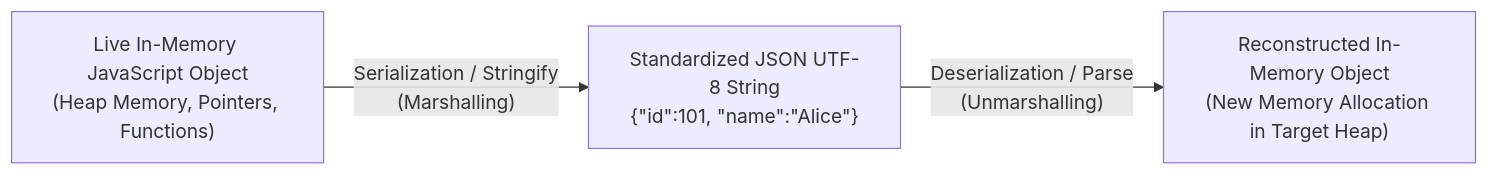
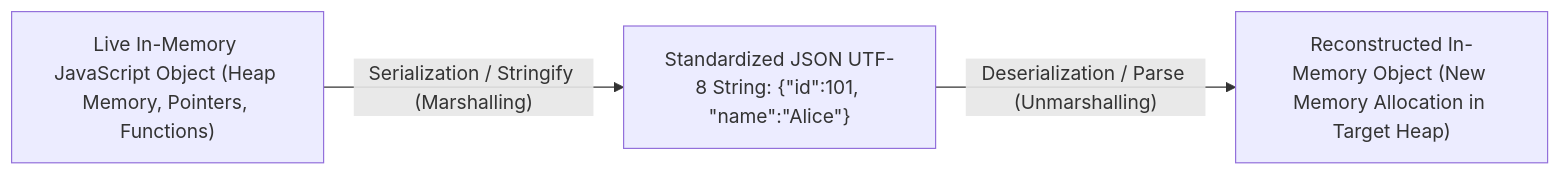
The sixth of 7 diagrams in notes/web_development/Unit_01_Full_Stack_Basics.md (DeepLumiere/DeepSkills), drawn with Mermaid before and after one commit. The commit also changed other lines of this file and 56 other files, not shown here.

````diff
--- a/notes/web_development/Unit_01_Full_Stack_Basics.md
+++ b/notes/web_development/Unit_01_Full_Stack_Basics.md
@@ -493,6 +487,6 @@
 ```mermaid
 flowchart LR
-    A["Live In-Memory JavaScript Object<br>(Heap Memory, Pointers, Functions)"]
-    -->|"Serialization / Stringify<br>(Marshalling)"| B["Standardized JSON UTF-8 String<br>{&quot;id&quot;:101, &quot;name&quot;:&quot;Alice&quot;}"]
-    B -->|"Deserialization / Parse<br>(Unmarshalling)"| C["Reconstructed In-Memory Object<br>(New Memory Allocation in Target Heap)"]
+    A["Live In-Memory JavaScript Object (Heap Memory, Pointers, Functions)"]
+    -->|"Serialization / Stringify (Marshalling)"| B["Standardized JSON UTF-8 String: {&quot;id&quot;:101, &quot;name&quot;:&quot;Alice&quot;}"]
+    B -->|"Deserialization / Parse (Unmarshalling)"| C["Reconstructed In-Memory Object (New Memory Allocation in Target Heap)"]
 ```
````
